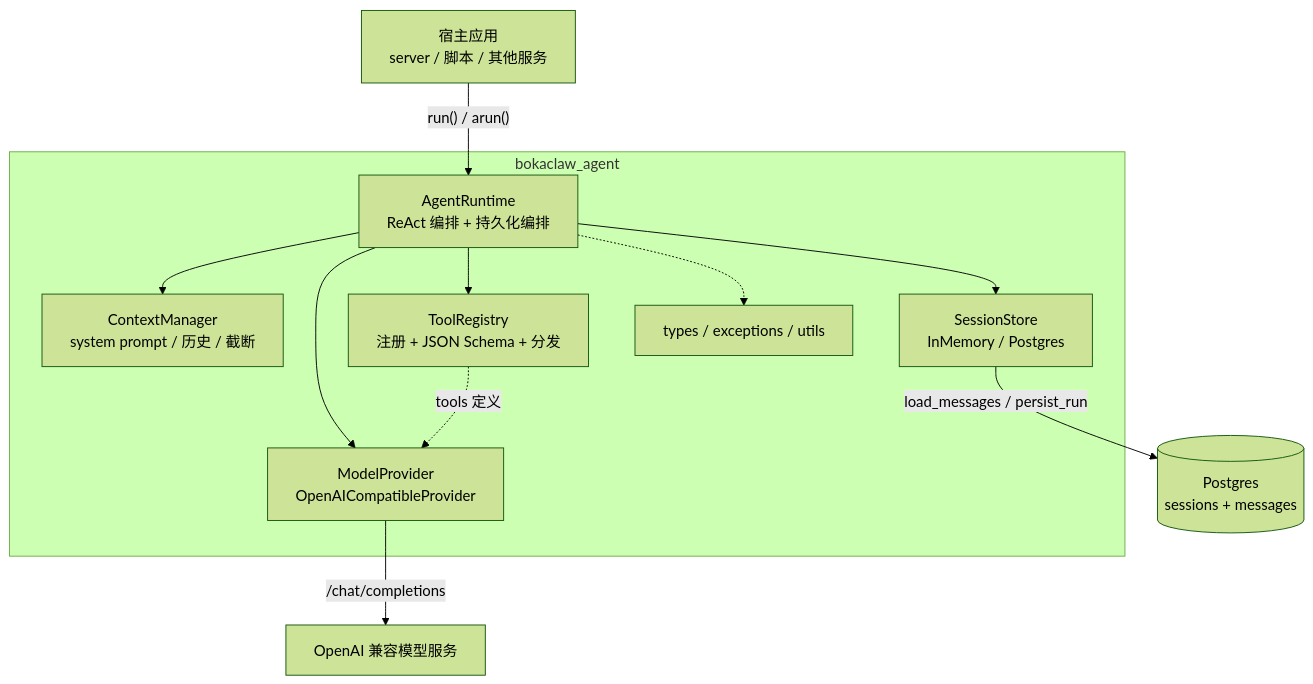
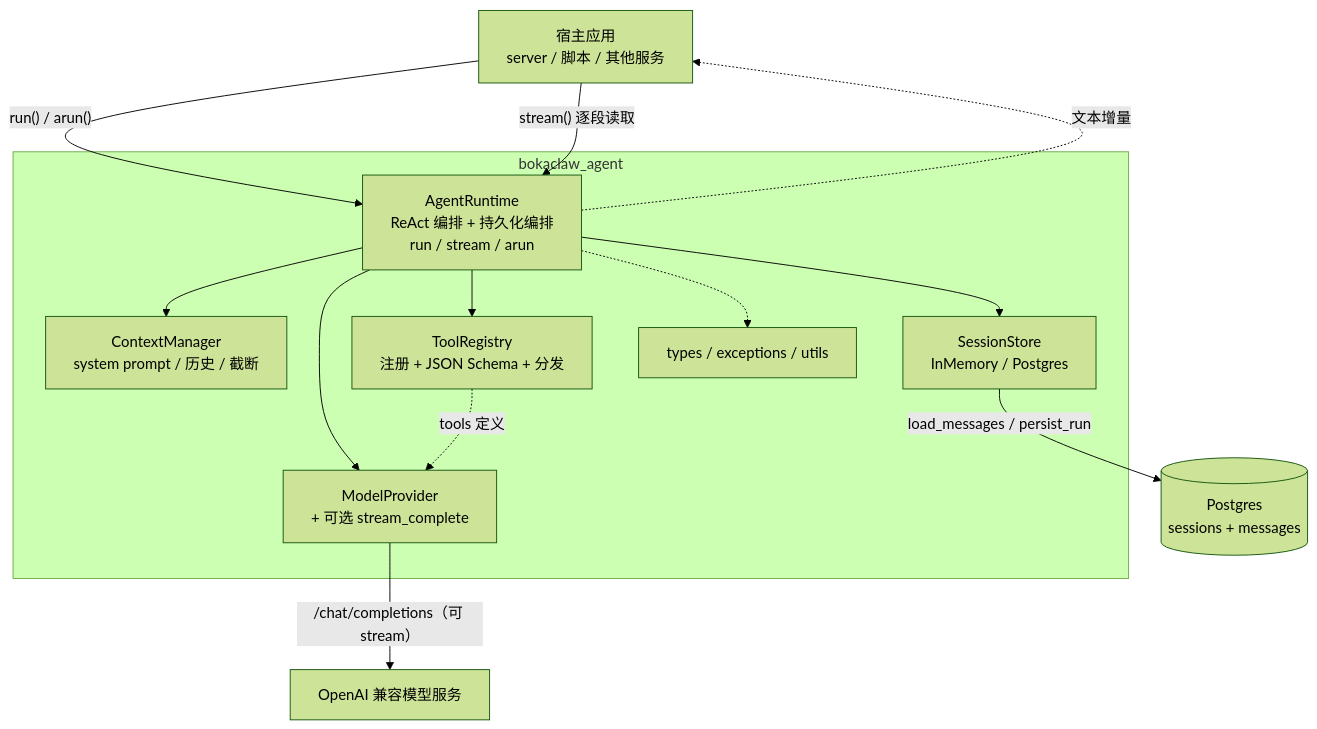
Before and after one commit to Kaibome/BokaClaw: the first of 3 diagrams in docs/agent-loop/architecture.md, drawn with Mermaid (forest theme). The commit also changed other lines of this file, not shown here.

First line of the commit message:
docs(agent-loop): sync architecture document with streaming support

````diff
--- a/docs/agent-loop/architecture.md
+++ b/docs/agent-loop/architecture.md
@@ -33,26 +36,28 @@
 ```mermaid
 flowchart TB
     App["宿主应用<br/>server / 脚本 / 其他服务"]
 
     subgraph SDK["bokaclaw_agent"]
-        Runtime["AgentRuntime<br/>ReAct 编排 + 持久化编排"]
+        Runtime["AgentRuntime<br/>ReAct 编排 + 持久化编排<br/>run / stream / arun"]
         Context["ContextManager<br/>system prompt / 历史 / 截断"]
         Registry["ToolRegistry<br/>注册 + JSON Schema + 分发"]
-        Provider["ModelProvider<br/>OpenAICompatibleProvider"]
+        Provider["ModelProvider<br/>+ 可选 stream_complete"]
         Store["SessionStore<br/>InMemory / Postgres"]
         Types["types / exceptions / utils"]
     end
 
     Model["OpenAI 兼容模型服务"]
     DB[("Postgres<br/>sessions + messages")]
 
     App -->|"run() / arun()"| Runtime
+    App -->|"stream() 逐段读取"| Runtime
     Runtime --> Context
     Runtime --> Registry
     Runtime --> Provider
     Runtime --> Store
+    Runtime -.->|"文本增量"| App
     Registry -.->|"tools 定义"| Provider
-    Provider -->|"/chat/completions"| Model
+    Provider -->|"/chat/completions（可 stream）"| Model
     Store -->|"load_messages / persist_run"| DB
     Runtime -.-> Types
 ```
````
